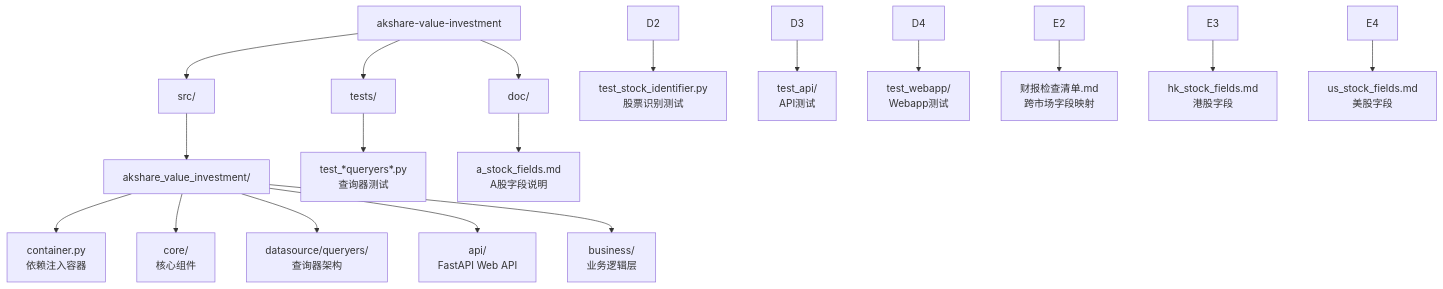
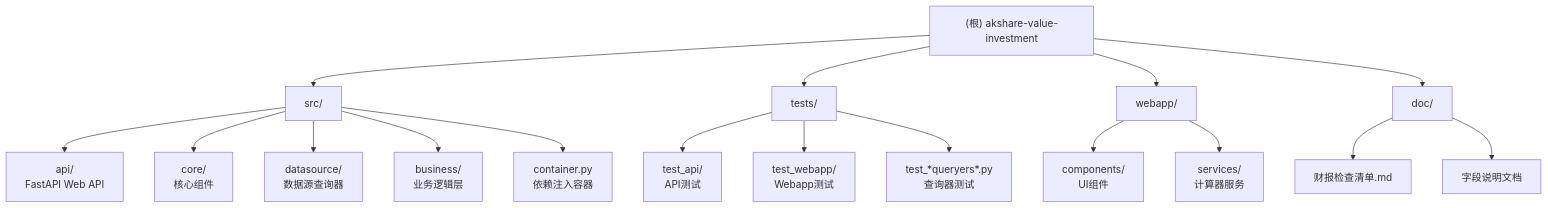
One commit to yapex/akshare-value-investment changed the diagram in CLAUDE.md. Above: the diagram before and after it, drawn with Mermaid. The commit also changed other lines of this file and 3 other files, not shown here.

First line of the commit message:
📝 docs(architecture): 更新架构文档和容器配置以支持数据标准化

````diff
--- a/CLAUDE.md
+++ b/CLAUDE.md
@@ -45,23 +80,30 @@
 ```mermaid
 graph TD
-    A["akshare-value-investment"] --> B["src/"]
-    A --> D["tests/"]
-    A --> E["doc/"]
+    A["(根) akshare-value-investment"] --> B["src/"];
+    A --> C["tests/"];
+    A --> D["webapp/"];
+    A --> E["doc/"];
 
-    B --> B1["akshare_value_investment/"]
-    B1 --> B1a["container.py<br/>依赖注入容器"]
-    B1 --> B1b["core/<br/>核心组件"]
-    B1 --> B1c["datasource/queryers/<br/>查询器架构"]
-    B1 --> B1d["api/<br/>FastAPI Web API"]
-    B1 --> B1e["business/<br/>业务逻辑层"]
+    B --> F["api/<br/>FastAPI Web API"];
+    B --> G["core/<br/>核心组件"];
+    B --> H["datasource/<br/>数据源查询器"];
+    B --> I["business/<br/>业务逻辑层"];
+    B --> J["container.py<br/>依赖注入容器"];
 
-    D --> D1["test_*queryers*.py<br/>查询器测试"]
-    D2 --> D2a["test_stock_identifier.py<br/>股票识别测试"]
-    D3 --> D3a["test_api/<br/>API测试"]
-    D4 --> D4b["test_webapp/<br/>Webapp测试"]
+    C --> K["test_api/<br/>API测试"];
+    C --> L["test_webapp/<br/>Webapp测试"];
+    C --> M["test_*queryers*.py<br/>查询器测试"];
 
-    E --> E1["a_stock_fields.md<br/>A股字段说明"]
-    E2 --> E2a["财报检查清单.md<br/>跨市场字段映射"]
-    E3 --> E3b["hk_stock_fields.md<br/>港股字段"]
-    E4 --> E4a["us_stock_fields.md<br/>美股字段"]
+    D --> N["components/<br/>UI组件"];
+    D --> O["services/<br/>计算器服务"];
+
+    E --> P["财报检查清单.md"];
+    E --> Q["字段说明文档"];
+
+    click F "./src/akshare_value_investment/api/CLAUDE.md" "查看 API 模块文档"
+    click G "./src/akshare_value_investment/core/CLAUDE.md" "查看 Core 模块文档"
+    click H "./src/akshare_value_investment/datasource/CLAUDE.md" "查看 Datasource 模块文档"
+    click I "./src/akshare_value_investment/business/CLAUDE.md" "查看 Business 模块文档"
+    click N "./webapp/components/CLAUDE.md" "查看 Components 模块文档"
+    click O "./webapp/services/CLAUDE.md" "查看 Services 模块文档"
 ```
````
